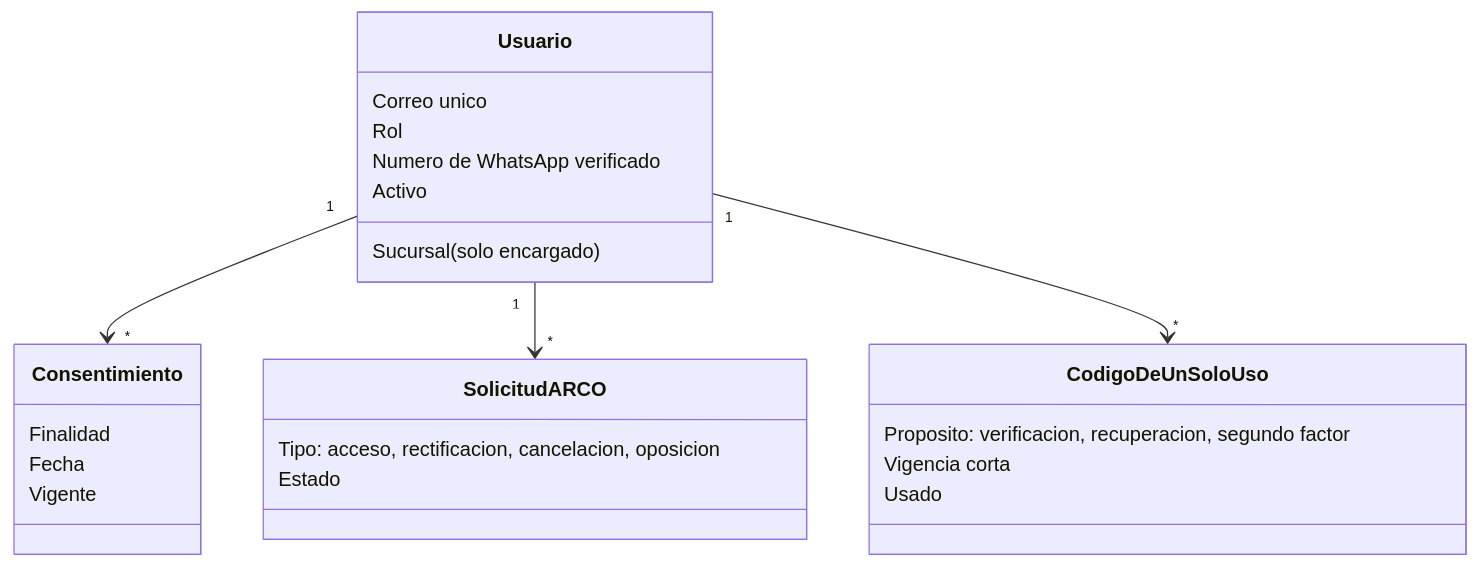
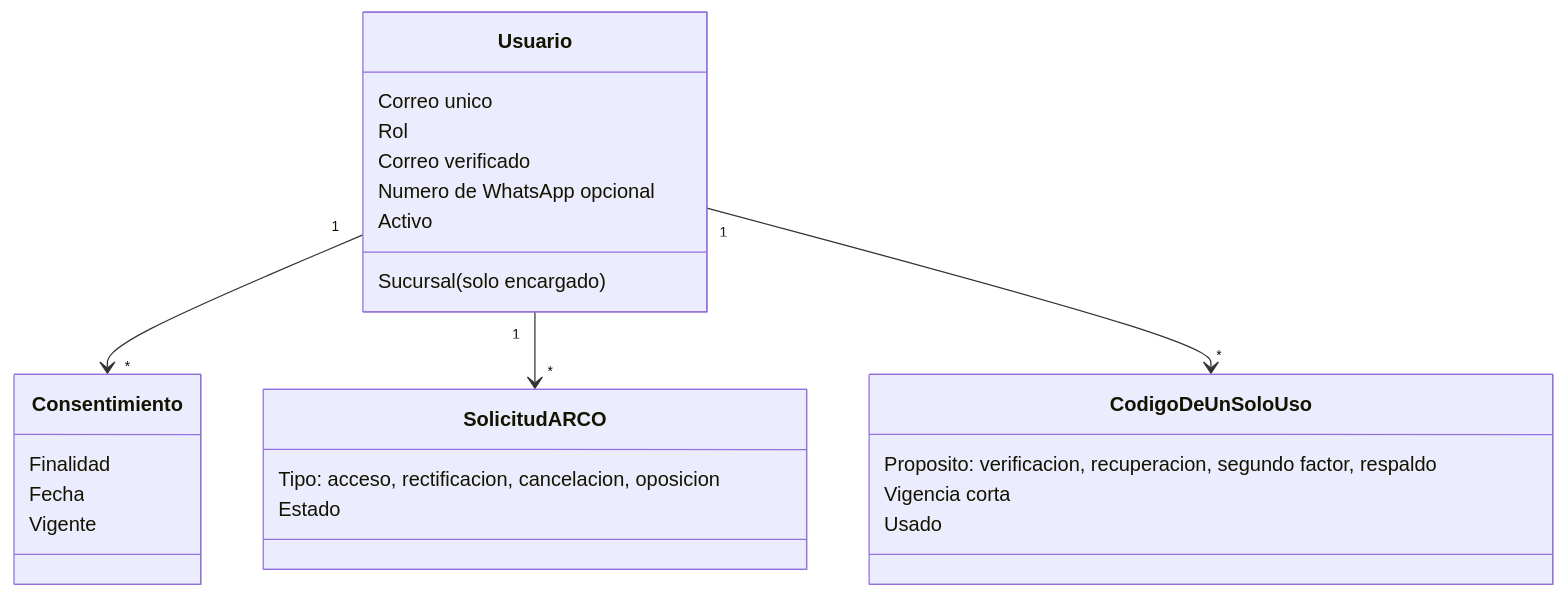
One commit to P35C4D0R4B1050/BabelHub changed the fourth of 4 diagrams in docs/01-analisis-de-sistema/07-modelo-de-dominio.md. Above: the diagram before and after it, drawn with Mermaid. The commit also changed 25 other files, not shown here.

````diff
--- a/docs/01-analisis-de-sistema/07-modelo-de-dominio.md
+++ b/docs/01-analisis-de-sistema/07-modelo-de-dominio.md
@@ -149,27 +149,28 @@
 ```mermaid
 classDiagram
 class Usuario {
   Correo unico
   Rol
   Sucursal (solo encargado)
-  Numero de WhatsApp verificado
+  Correo verificado
+  Numero de WhatsApp opcional
   Activo
 }
 class Consentimiento {
   Finalidad
   Fecha
   Vigente
 }
 class SolicitudARCO {
   Tipo: acceso, rectificacion, cancelacion, oposicion
   Estado
 }
 class CodigoDeUnSoloUso {
-  Proposito: verificacion, recuperacion, segundo factor
+  Proposito: verificacion, recuperacion, segundo factor, respaldo
   Vigencia corta
   Usado
 }
 Usuario "1" --> "*" Consentimiento
 Usuario "1" --> "*" SolicitudARCO
 Usuario "1" --> "*" CodigoDeUnSoloUso
 ```
````
